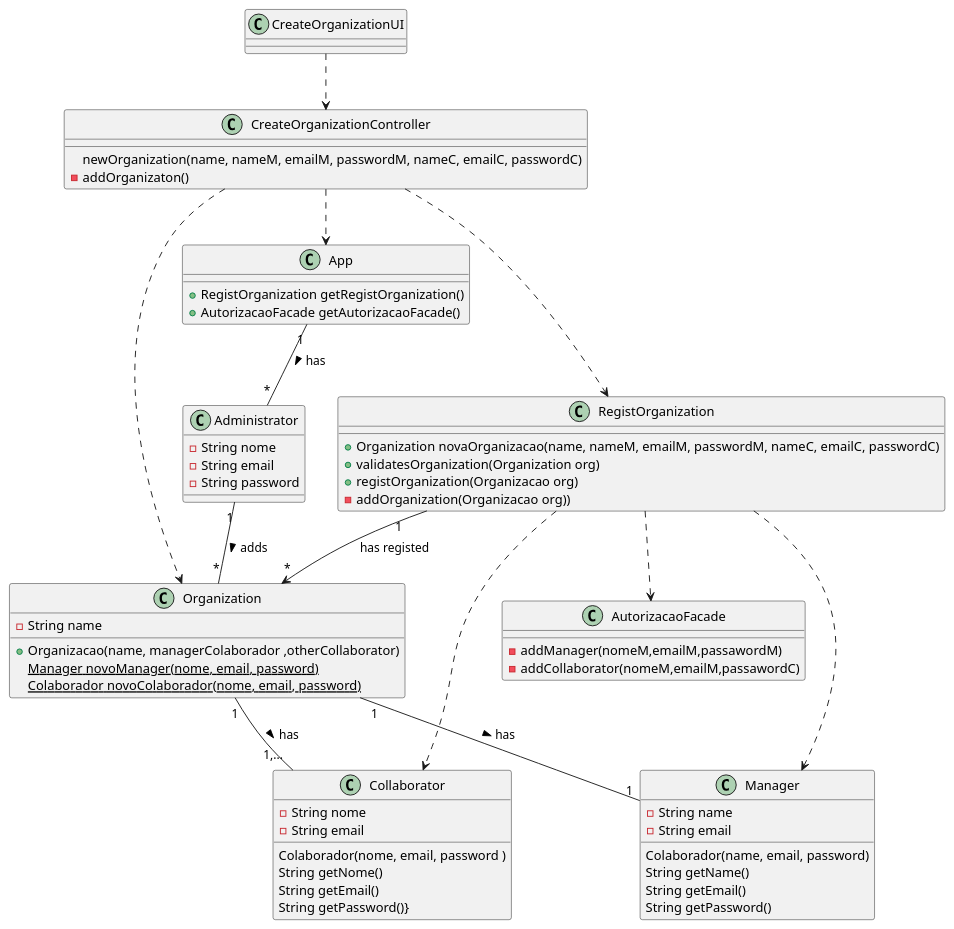
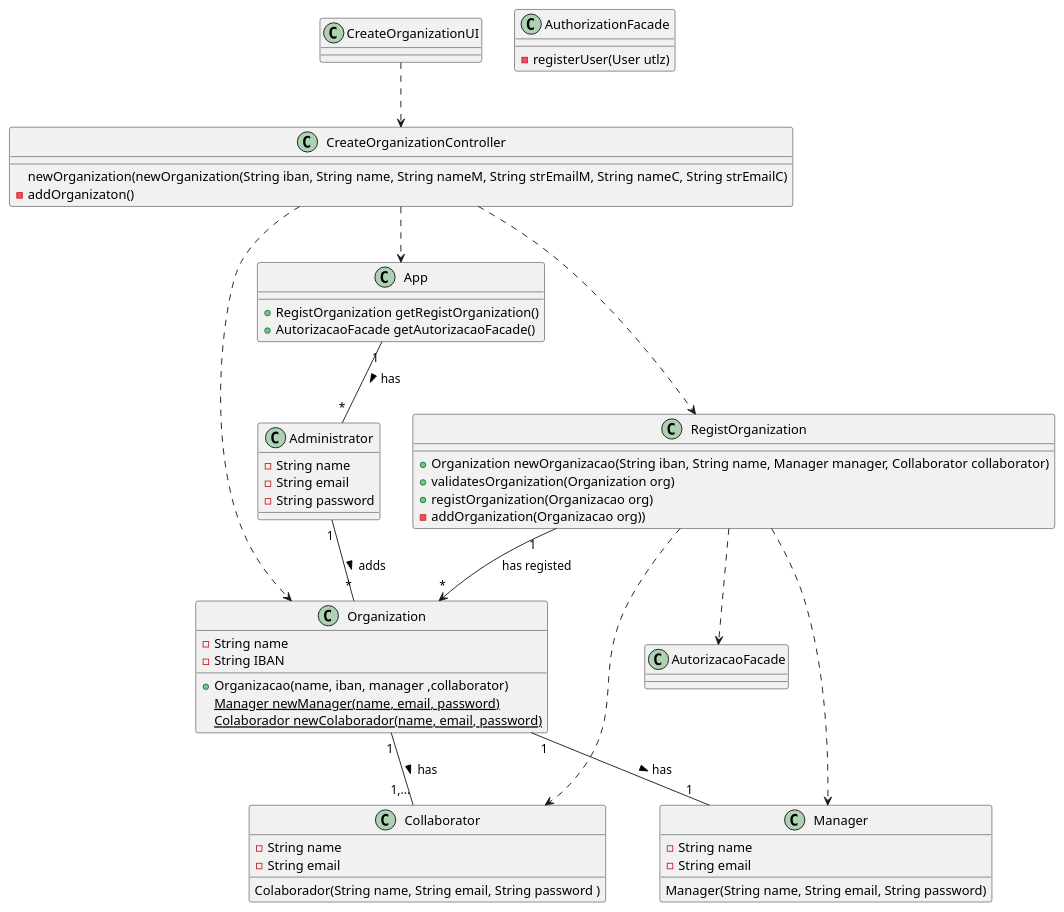
Before and after one commit to botelho-io/lapr2-2020-g029: the diagram in docs/UC_08/UC08_CD.puml, drawn with PlantUML. The commit also changed 10 other files, not shown here.

```diff
--- a/docs/UC_08/UC08_CD.puml
+++ b/docs/UC_08/UC08_CD.puml
@@ -1,74 +1,68 @@
 @startuml
 
 class Collaborator {
-  -String nome
+  -String name
   -String email
-  Colaborador(nome, email, password )
-  String getNome()
-  String getEmail()
-  String getPassword()}
+  Colaborador(String name, String email, String password )
 }
 
 class Manager {
   -String name
   -String email
-  Colaborador(name, email, password)
-  String getName()
-  String getEmail()
-  String getPassword()
+  Manager(String name, String email, String password)
 }
 
 class Administrator {
-- String nome
+- String name
 - String email
 - String password
 }
 
 class Organization {
   -String name
-  +Organizacao(name, managerColaborador ,otherCollaborator)
-  {static} Manager novoManager(nome, email, password)
-  {static} Colaborador novoColaborador(nome, email, password)
+  -String IBAN
+  +Organizacao(name, iban, manager ,collaborator)
+  {static} Manager newManager(name, email, password)
+  {static} Colaborador newColaborador(name, email, password)
 }
 
 class App {
 
   + RegistOrganization getRegistOrganization()
   + AutorizacaoFacade getAutorizacaoFacade()
 }
 
 class RegistOrganization {
-  +Organization novaOrganizacao(name, nameM, emailM, passwordM, nameC, emailC, passwordC)
+  +Organization newOrganizacao(String iban, String name, Manager manager, Collaborator collaborator)
   +validatesOrganization(Organization org)
   +registOrganization(Organizacao org)
   -addOrganization(Organizacao org))
 }
 
-class AutorizacaoFacade {
-   - addManager(nomeM,emailM,passawordM)
-   - addCollaborator(nomeM,emailM,passawordC)
+class AuthorizationFacade {
+   - registerUser(User utlz)
 }
 
 class CreateOrganizationController {
-    newOrganization(name, nameM, emailM, passwordM, nameC, emailC, passwordC)
+    newOrganization(newOrganization(String iban, String name, String nameM, String strEmailM, String nameC, String strEmailC) 
    - addOrganizaton()
 }
 
 class CreateOrganizationUI {
 }
 
 CreateOrganizationUI ..> CreateOrganizationController
 CreateOrganizationController ..> RegistOrganization
 CreateOrganizationController ..> App
 CreateOrganizationController ..> Organization
 RegistOrganization"1" --> "*" Organization : has registed
 RegistOrganization ..> Collaborator
 RegistOrganization ..> Manager
 RegistOrganization ..> AutorizacaoFacade
 
 Organization                 "1" -- "1,..."  Collaborator    : has >
 Organization                 "1" -- "1"      Manager        : has >
 Administrator                "1" -- "*"      Organization   : adds >
 App                          "1" -- "*"      Administrator  : has >
 
 @enduml
```
